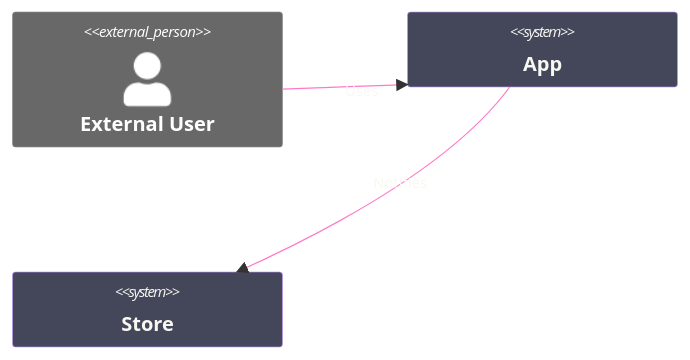
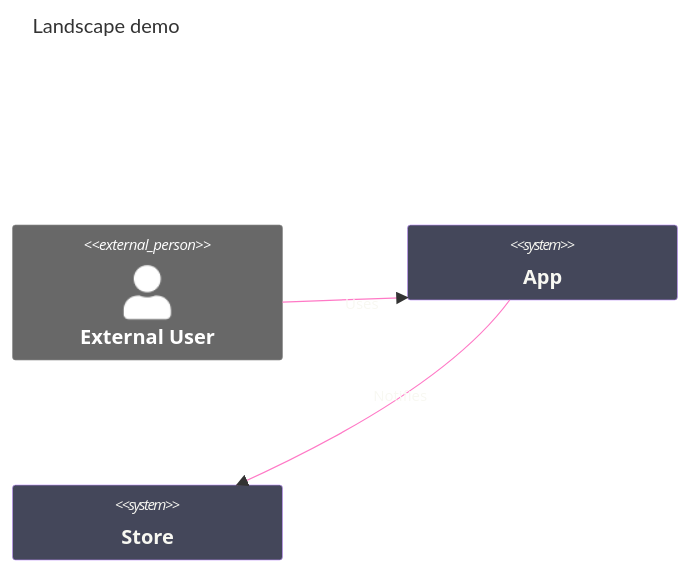
One commit to bsamiee/Rasm changed diagram 12 of 25 in .claude/skills/mermaid-diagramming/references/syntax-extended.md. Above: the diagram before and after it, drawn with Mermaid. The commit also changed other lines of this file and 51 other files, not shown here.

````diff
--- a/.claude/skills/mermaid-diagramming/references/syntax-extended.md
+++ b/.claude/skills/mermaid-diagramming/references/syntax-extended.md
@@ -350,12 +375,14 @@
 ```mermaid
 C4Context
+  accTitle: Landscape demo
+  accDescr: An external user reaching an app that notifies a store, every element and relation styled.
   Person_Ext(user, "External User")
   System(app, "App")
   System(store, "Store")
   Rel(user, app, "Uses")
   Rel(app, store, "Notifies")
   UpdateElementStyle(app, $fontColor="#F8F8F2", $bgColor="#44475A", $borderColor="#BD93F9")
   UpdateElementStyle(store, $fontColor="#F8F8F2", $bgColor="#44475A", $borderColor="#BD93F9")
   UpdateRelStyle(user, app, $textColor="#F8F8F2", $lineColor="#FF79C6")
   UpdateRelStyle(app, store, $textColor="#F8F8F2", $lineColor="#FF79C6")
 ```
````
